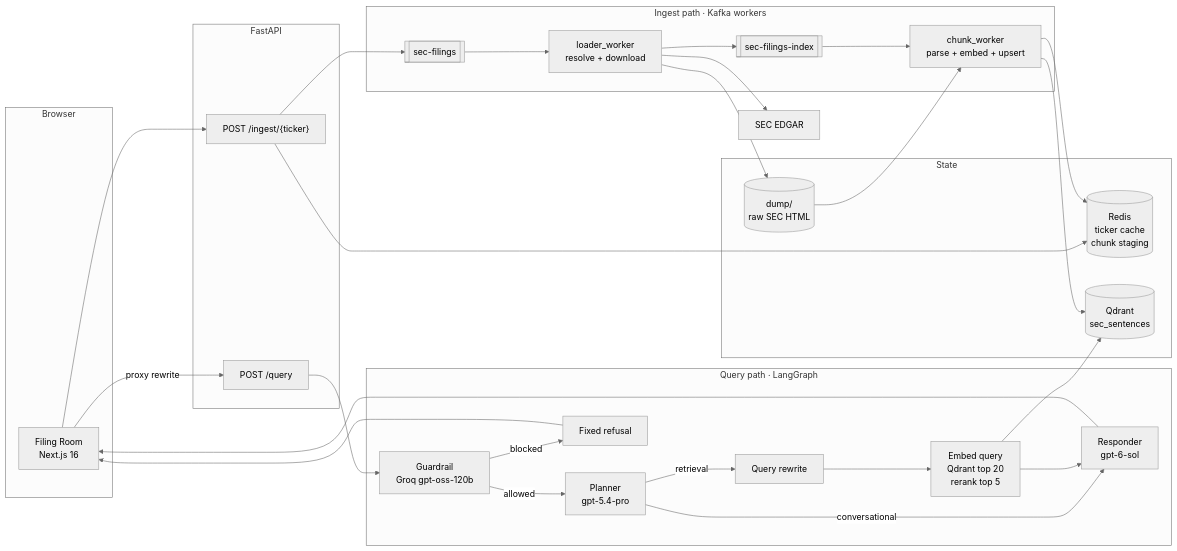
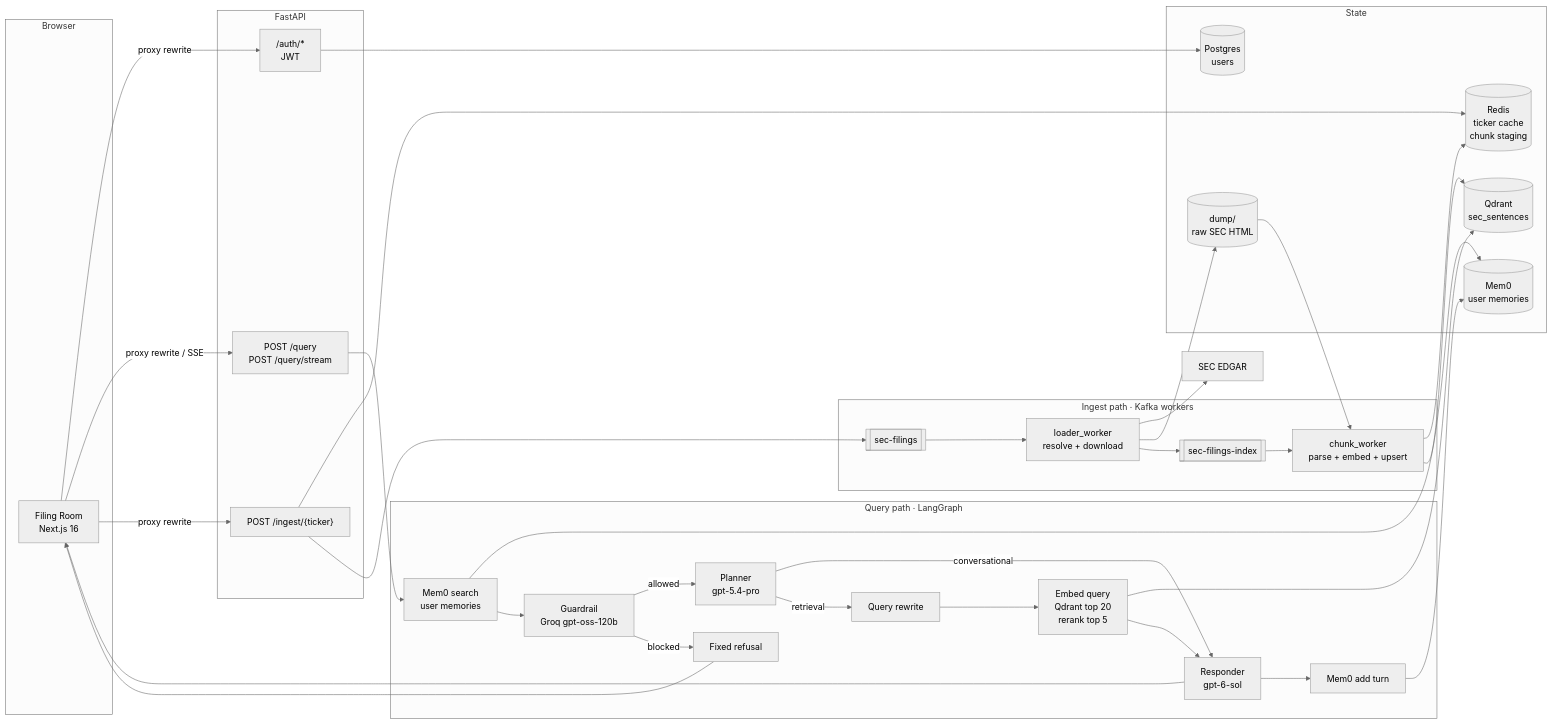
One commit to Ravi-opps/SEC-filings-RAG-Assistant changed the diagram in README.md. Above: the diagram before and after it, drawn with Mermaid (neutral theme). The commit also changed other lines of this file and 1 other file, not shown here.

````diff
--- a/README.md
+++ b/README.md
@@ -27,58 +29,69 @@
 ```mermaid
 flowchart LR
   subgraph Browser["Browser"]
     UI["Filing Room<br/>Next.js 16"]
   end
 
   subgraph API["FastAPI"]
-    QUERY["POST /query"]
+    AUTH["/auth/*<br/>JWT"]
+    QUERY["POST /query<br/>POST /query/stream"]
     INGEST["POST /ingest/{ticker}"]
   end
 
   subgraph QueryPath["Query path · LangGraph"]
+    MEMREAD["Mem0 search<br/>user memories"]
     GUARD["Guardrail<br/>Groq gpt-oss-120b"]
     PLAN["Planner<br/>gpt-5.4-pro"]
     REWRITE["Query rewrite"]
     RETRIEVE["Embed query<br/>Qdrant top 20<br/>rerank top 5"]
     ANSWER["Responder<br/>gpt-6-sol"]
     BLOCK["Fixed refusal"]
+    MEMWRITE["Mem0 add turn"]
   end
 
   subgraph IngestPath["Ingest path · Kafka workers"]
     TOPIC1[["sec-filings"]]
     LOADER["loader_worker<br/>resolve + download"]
     TOPIC2[["sec-filings-index"]]
     CHUNKER["chunk_worker<br/>parse + embed + upsert"]
   end
 
   subgraph State["State"]
+    PG[("Postgres<br/>users")]
+    MEM0[("Mem0<br/>user memories")]
     REDIS[("Redis<br/>ticker cache<br/>chunk staging")]
     QDRANT[("Qdrant<br/>sec_sentences")]
     DUMP[("dump/<br/>raw SEC HTML")]
   end
 
   SEC["SEC EDGAR"]
 
-  UI -->|proxy rewrite| QUERY
-  UI --> INGEST
-  QUERY --> GUARD
+  UI -->|proxy rewrite| AUTH
+  UI -->|proxy rewrite / SSE| QUERY
+  UI -->|proxy rewrite| INGEST
+  AUTH --> PG
+  QUERY --> MEMREAD
+  MEMREAD --> MEM0
+  MEMREAD --> GUARD
   GUARD -->|allowed| PLAN
   GUARD -->|blocked| BLOCK
   BLOCK --> UI
   PLAN -->|conversational| ANSWER
   PLAN -->|retrieval| REWRITE
   REWRITE --> RETRIEVE
   RETRIEVE --> QDRANT
   RETRIEVE --> ANSWER
+  ANSWER --> MEMWRITE
+  MEMWRITE --> MEM0
   ANSWER --> UI
   INGEST --> REDIS
   INGEST --> TOPIC1
   TOPIC1 --> LOADER
   LOADER --> SEC
   LOADER --> DUMP
   LOADER --> TOPIC2
   TOPIC2 --> CHUNKER
   DUMP --> CHUNKER
   CHUNKER --> REDIS
   CHUNKER --> QDRANT
 ```
````
